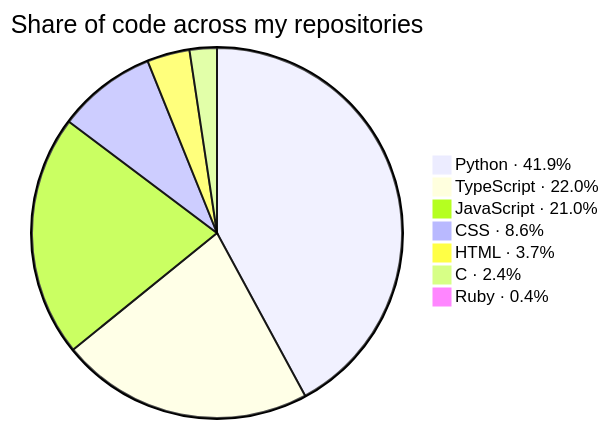
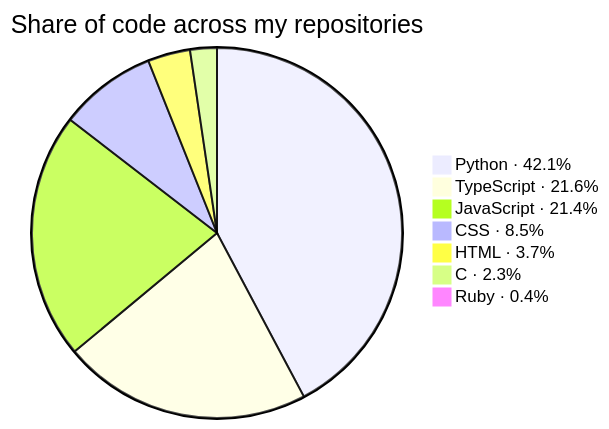
One commit to KathFK1234/KathFK1234 changed the second of 3 diagrams in README.md. Above: the diagram before and after it, drawn with Mermaid. The commit also changed other lines of this file and 6 other files, not shown here.

````diff
--- a/README.md
+++ b/README.md
@@ -109,11 +109,11 @@
 ```mermaid
 %%{init: {"themeVariables": {"pieSectionTextSize": "0px"}}}%%
 pie title Share of code across my repositories
-    "Python · 41.9%" : 1109.2
-    "TypeScript · 22.0%" : 581.1
-    "JavaScript · 21.0%" : 556.1
-    "CSS · 8.6%" : 227.5
-    "HTML · 3.7%" : 98.1
-    "C · 2.4%" : 62.7
+    "Python · 42.1%" : 1133.7
+    "TypeScript · 21.6%" : 583.1
+    "JavaScript · 21.4%" : 577.2
+    "CSS · 8.5%" : 228.2
+    "HTML · 3.7%" : 99.5
+    "C · 2.3%" : 62.7
     "Ruby · 0.4%" : 10.1
 ```
````
